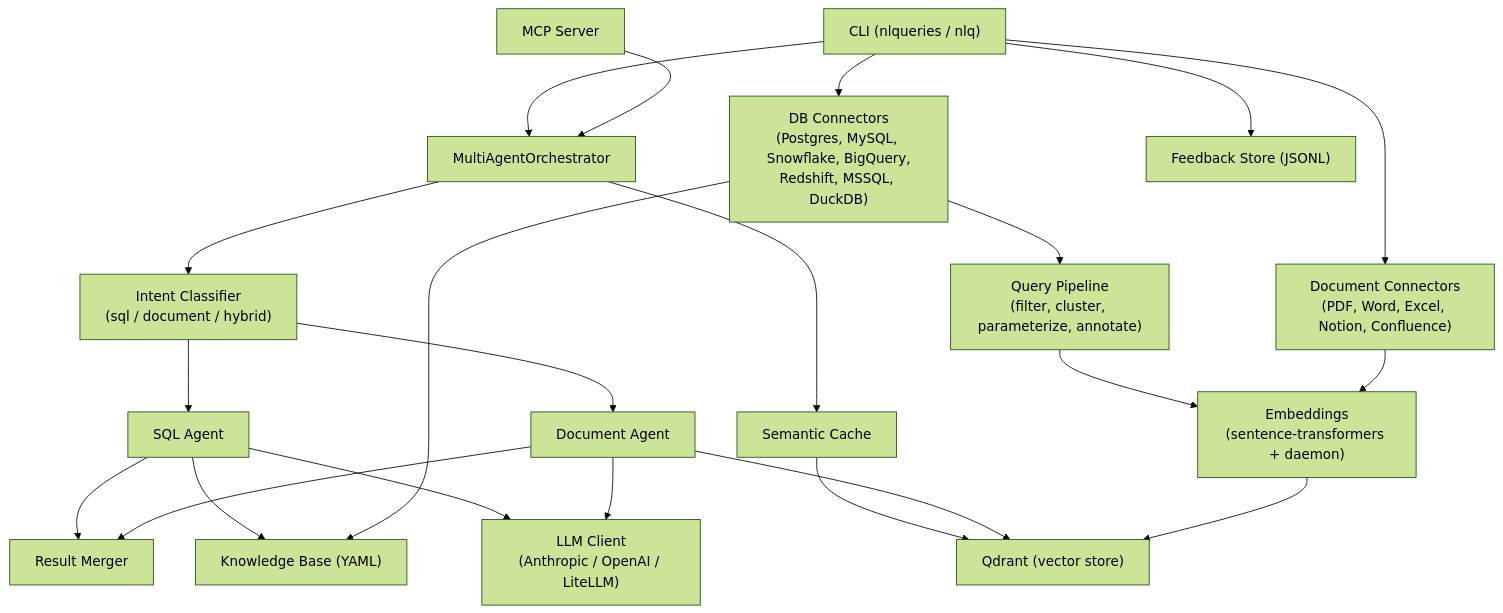
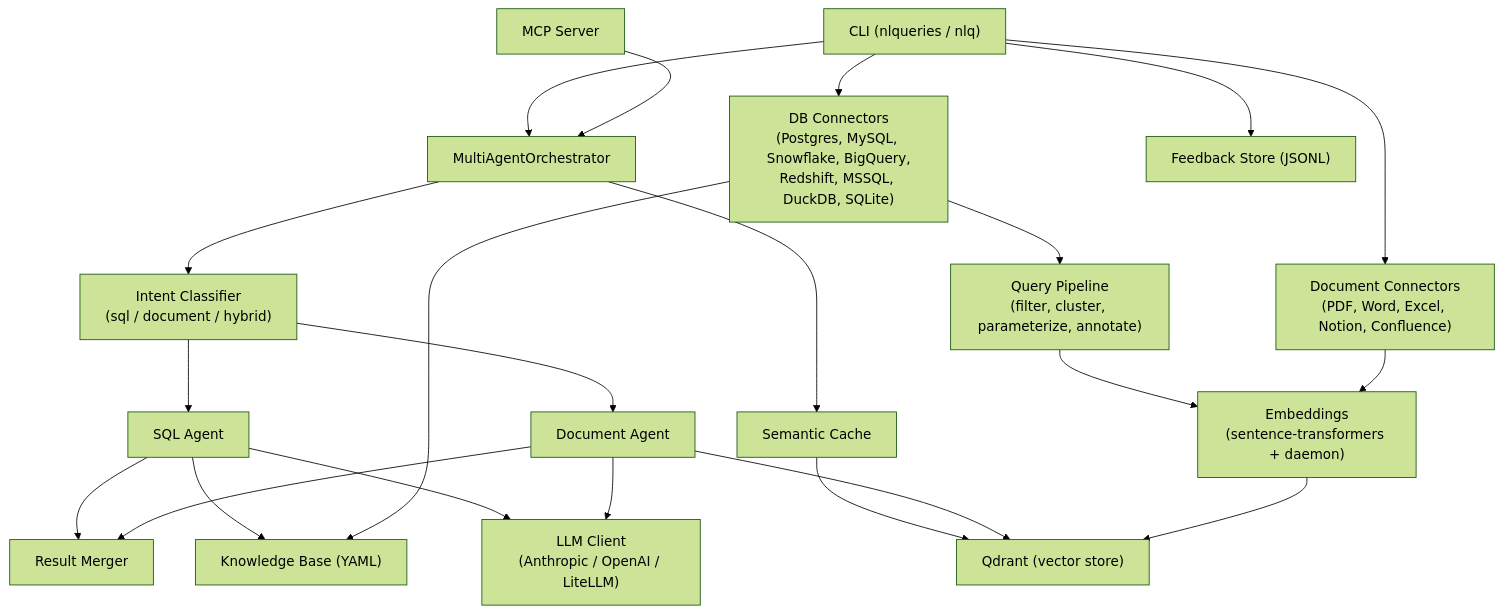
The diagram in docs/architecture.md (nlqueries/nlqueries), drawn with Mermaid (forest theme) before and after one commit. The commit also changed 3 other files, not shown here.

````diff
--- a/docs/architecture.md
+++ b/docs/architecture.md
@@ -5,41 +5,41 @@
 ```mermaid
 graph TD
     CLI["CLI (nlqueries / nlq)"]
     MCP["MCP Server"]
     ORCH["MultiAgentOrchestrator"]
     IC["Intent Classifier\n(sql / document / hybrid)"]
     SQLA["SQL Agent"]
     DOCA["Document Agent"]
     RM["Result Merger"]
     KB["Knowledge Base (YAML)"]
     CACHE["Semantic Cache"]
     EMBED["Embeddings\n(sentence-transformers + daemon)"]
     QDRANT["Qdrant (vector store)"]
     LLM["LLM Client\n(Anthropic / OpenAI / LiteLLM)"]
-    CONN["DB Connectors\n(Postgres, MySQL, Snowflake, BigQuery,\nRedshift, MSSQL, DuckDB)"]
+    CONN["DB Connectors\n(Postgres, MySQL, Snowflake, BigQuery,\nRedshift, MSSQL, DuckDB, SQLite)"]
     DOCCONN["Document Connectors\n(PDF, Word, Excel, Notion, Confluence)"]
     PROC["Query Pipeline\n(filter, cluster, parameterize, annotate)"]
     FB["Feedback Store (JSONL)"]
 
     CLI --> ORCH
     MCP --> ORCH
     ORCH --> IC
     IC --> SQLA
     IC --> DOCA
     SQLA --> RM
     DOCA --> RM
     ORCH --> CACHE
     CACHE --> QDRANT
     SQLA --> KB
     SQLA --> LLM
     DOCA --> QDRANT
     DOCA --> LLM
     CONN --> PROC
     PROC --> EMBED
     EMBED --> QDRANT
     CONN --> KB
     DOCCONN --> EMBED
     CLI --> CONN
     CLI --> DOCCONN
     CLI --> FB
 ```
````
